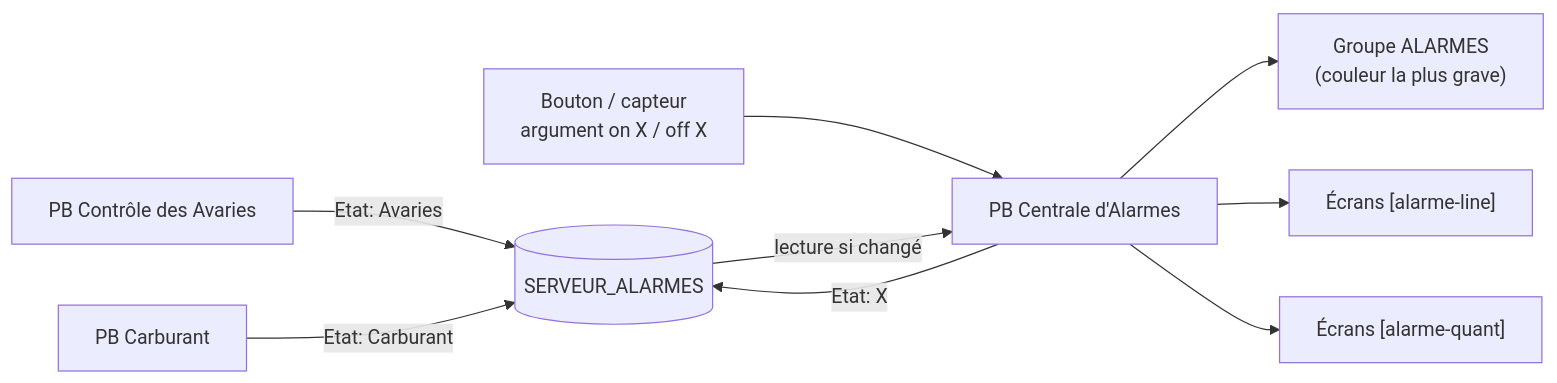
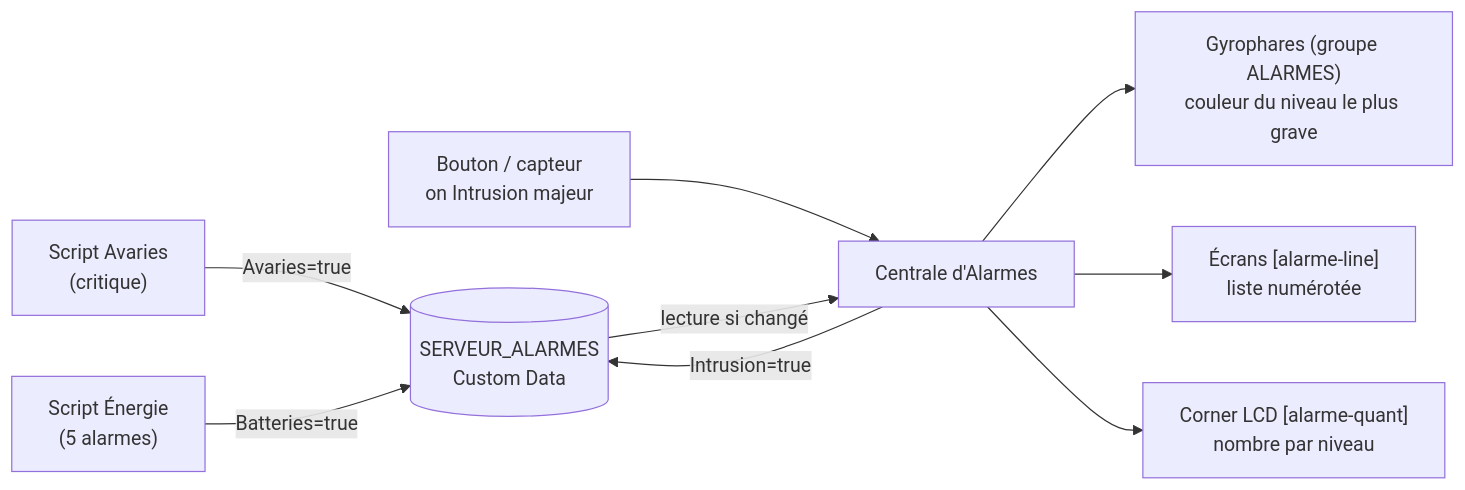
Before and after one commit to Zerma1/Space-Engineers-scripte: the first of 2 diagrams in optimisation_Claude/10 - Centrale d'Alarmes/Centrale d'Alarmes.md, drawn with Mermaid. The commit also changed other lines of this file and 1 other file, not shown here.

First line of the commit message:
Refactorise la Centrale d'Alarmes autour des niveaux de criticité

````diff
--- a/optimisation_Claude/10 - Centrale d'Alarmes/Centrale d'Alarmes.md
+++ b/optimisation_Claude/10 - Centrale d'Alarmes/Centrale d'Alarmes.md
@@ -142,11 +24,11 @@
 ```mermaid
 flowchart LR
-    A["PB Contrôle des Avaries"] -->|"Etat: Avaries"| S[("SERVEUR_ALARMES")]
-    C["PB Carburant"] -->|"Etat: Carburant"| S
-    B["Bouton / capteur<br/>argument on X / off X"] --> P
-    P["PB Centrale d'Alarmes"] -->|"Etat: X"| S
+    A["Script Avaries<br/>(critique)"] -->|"Avaries=true"| S[("SERVEUR_ALARMES<br/>Custom Data")]
+    C["Script Énergie<br/>(5 alarmes)"] -->|"Batteries=true"| S
+    B["Bouton / capteur<br/>on Intrusion majeur"] --> P
+    P["Centrale d'Alarmes"] -->|"Intrusion=true"| S
     S -->|"lecture si changé"| P
-    P --> G["Groupe ALARMES<br/>(couleur la plus grave)"]
-    P --> L["Écrans [alarme-line]"]
-    P --> Q["Écrans [alarme-quant]"]
+    P --> G["Gyrophares (groupe ALARMES)<br/>couleur du niveau le plus grave"]
+    P --> L["Écrans [alarme-line]<br/>liste numérotée"]
+    P --> Q["Corner LCD [alarme-quant]<br/>nombre par niveau"]
 ```
````
